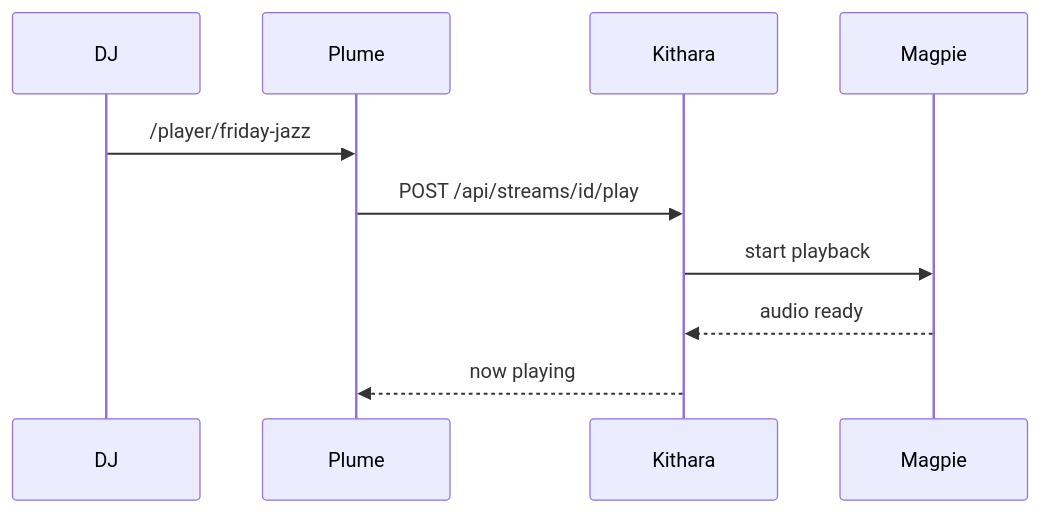
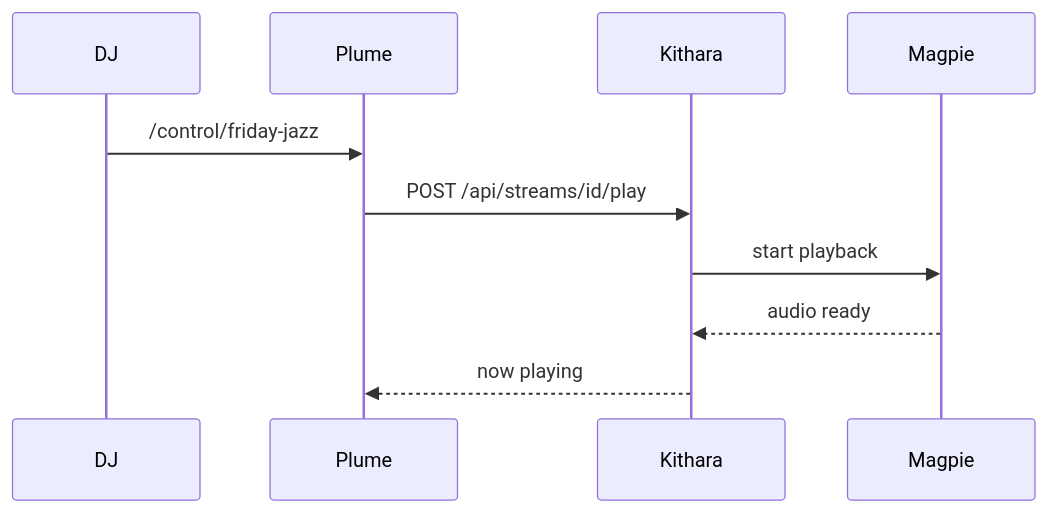
Before and after one commit to Bardie-radio/.github: the third of 4 diagrams in profile/docs/architecture/04-user-journeys.md, drawn with Mermaid. The commit also changed other lines of this file and 12 other files, not shown here.

````diff
--- a/profile/docs/architecture/04-user-journeys.md
+++ b/profile/docs/architecture/04-user-journeys.md
@@ -24,13 +41,13 @@
 ```mermaid
 sequenceDiagram
   participant DJ
   participant Plume
   participant Kithara
   participant Magpie
 
-  DJ->>Plume: /player/friday-jazz
+  DJ->>Plume: /control/friday-jazz
   Plume->>Kithara: POST /api/streams/id/play
   Kithara->>Magpie: start playback
   Magpie-->>Kithara: audio ready
   Kithara-->>Plume: now playing
 ```
````
